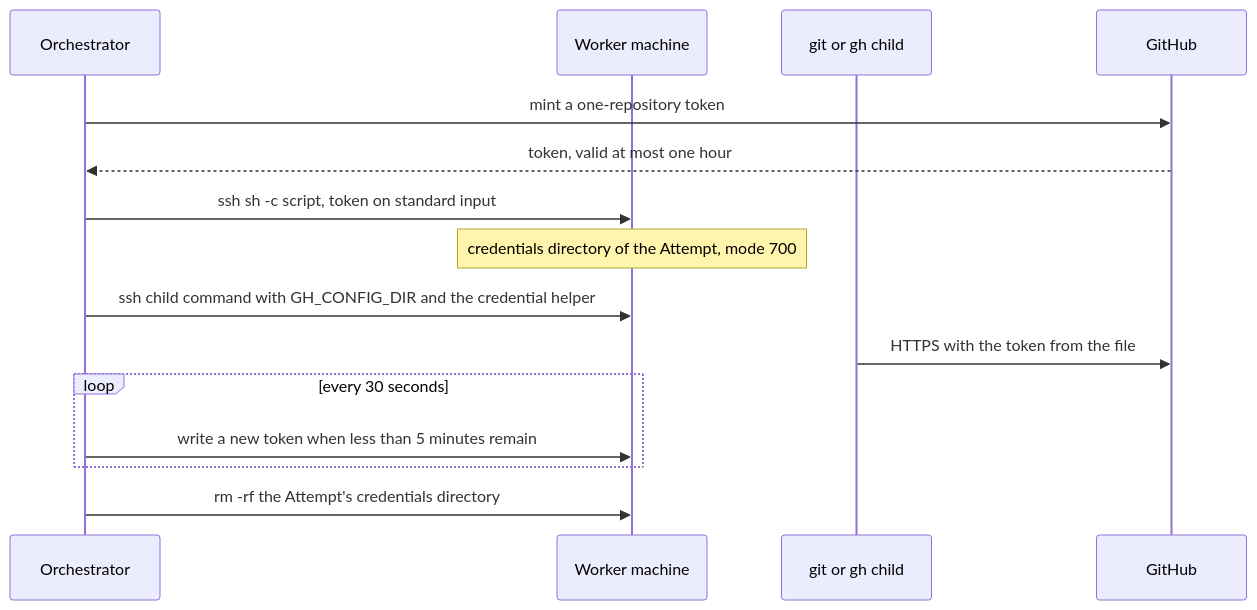
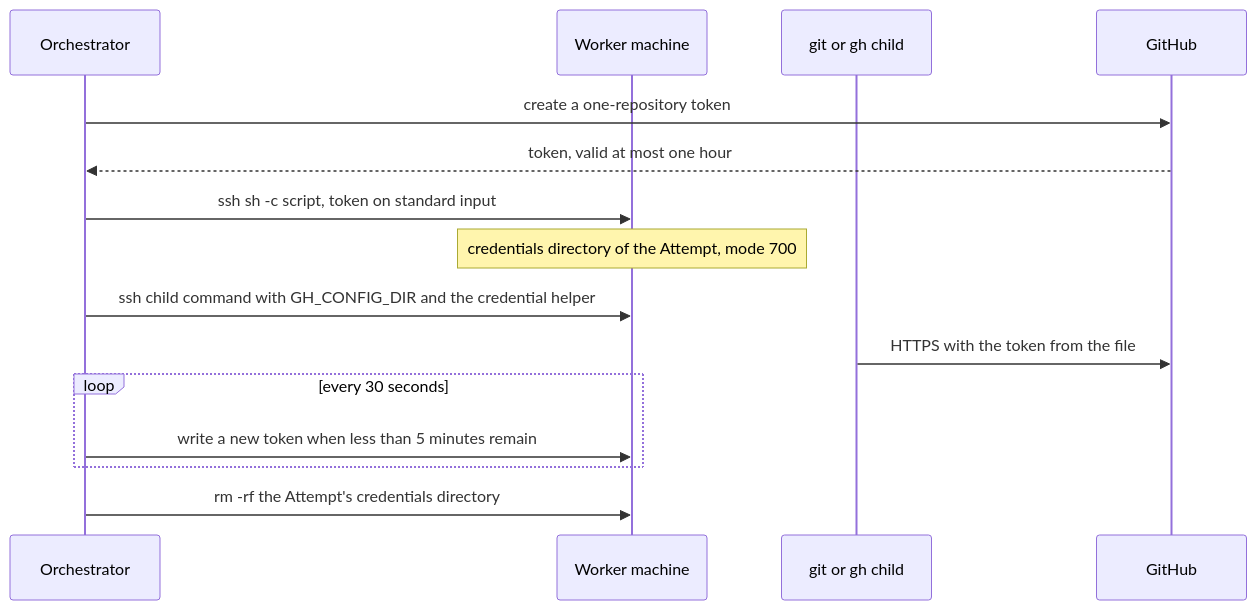
Before and after one commit to basaltbytes/usine: the seventh of 9 diagrams in apps/docs/src/content/docs/architecture/workers-and-gateway.mdx, drawn with Mermaid. The commit also changed other lines of this file and 7 other files, not shown here.

First line of the commit message:
docs(architecture): rewrite convoluted sentences in plain terms

````diff
--- a/apps/docs/src/content/docs/architecture/workers-and-gateway.mdx
+++ b/apps/docs/src/content/docs/architecture/workers-and-gateway.mdx
@@ -408,17 +408,17 @@
 ```mermaid
 sequenceDiagram
   participant O as Orchestrator
   participant W as Worker machine
   participant C as git or gh child
   participant G as GitHub
-  O->>G: mint a one-repository token
+  O->>G: create a one-repository token
   G-->>O: token, valid at most one hour
   O->>W: ssh sh -c script, token on standard input
   Note over W: credentials directory of the Attempt, mode 700
   O->>W: ssh child command with GH_CONFIG_DIR and the credential helper
   C->>G: HTTPS with the token from the file
   loop every 30 seconds
     O->>W: write a new token when less than 5 minutes remain
   end
   O->>W: rm -rf the Attempt's credentials directory
 ```
````
